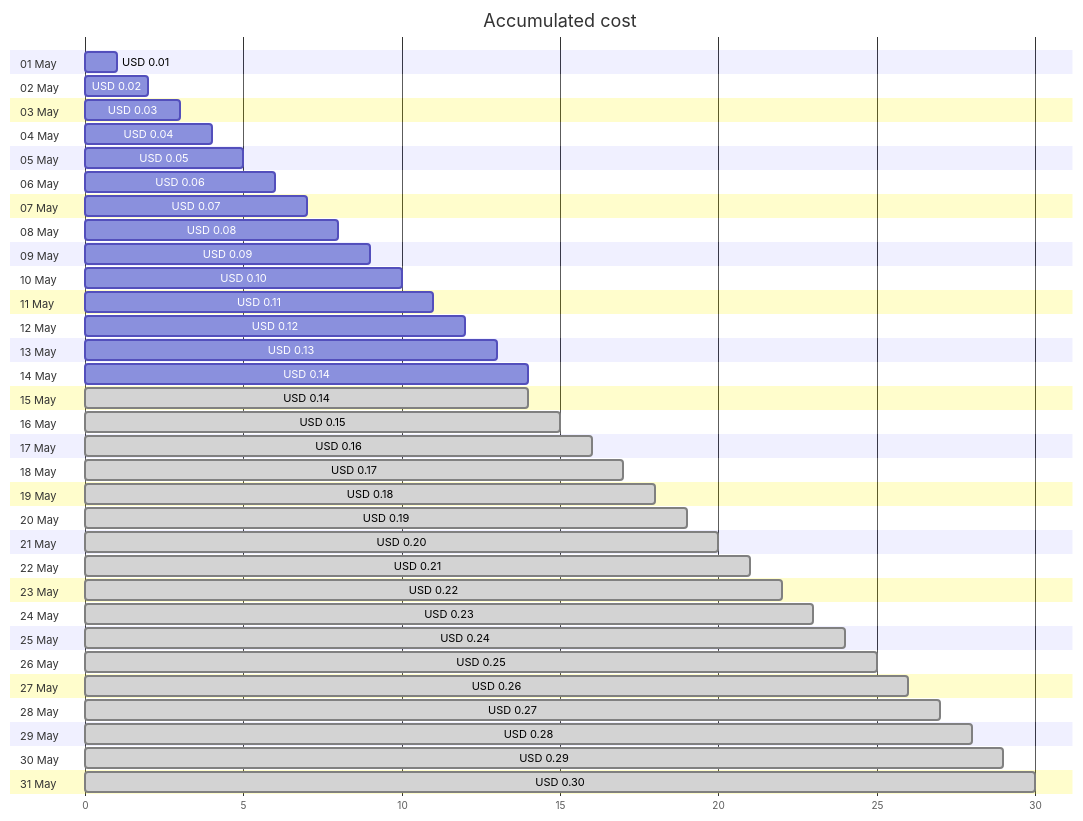
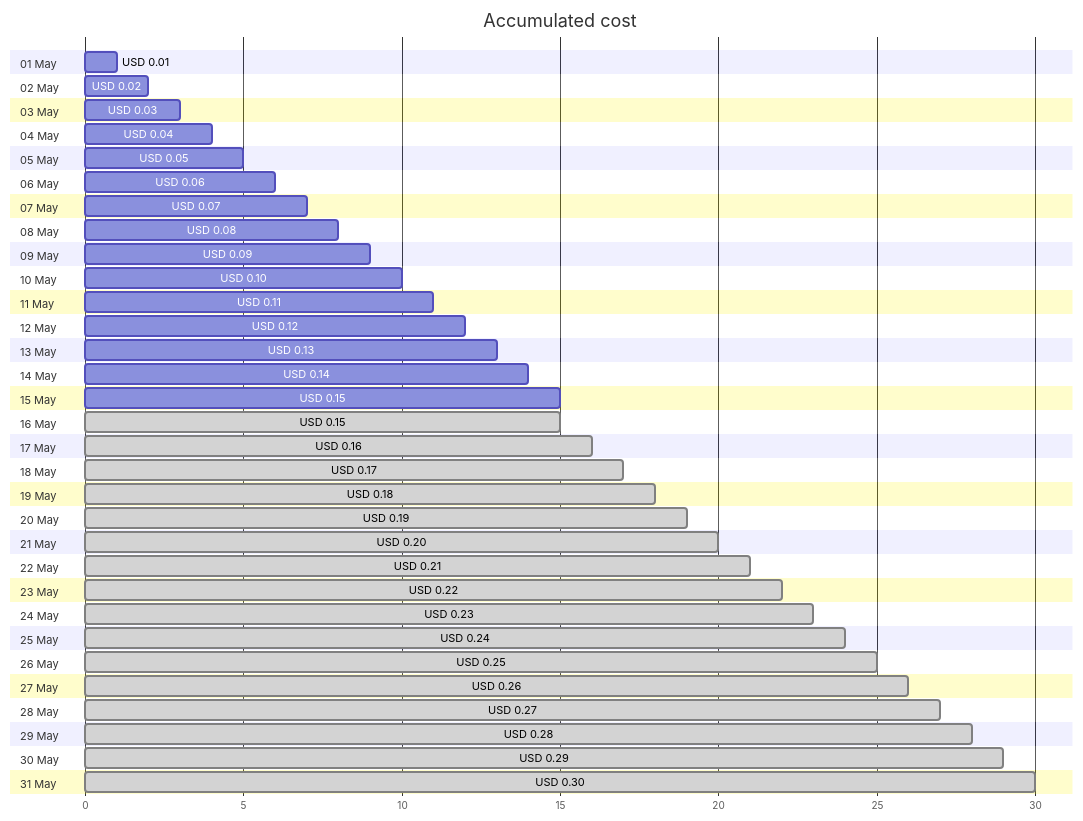
Before and after one commit to jpfulton/azure-personal-reports: the first of 4 diagrams in cost-reports/cloud-shell-storage-eastus/README.md, drawn with Mermaid. The commit also changed other lines of this file and 1 other file, not shown here.

````diff
--- a/cost-reports/cloud-shell-storage-eastus/README.md
+++ b/cost-reports/cloud-shell-storage-eastus/README.md
@@ -20,68 +20,68 @@
 ```mermaid
 gantt
    title Accumulated cost
    dateFormat  X
    axisFormat %s
    section 01 May
    USD 0.01 :0, 1
    section 02 May
    USD 0.02 :0, 2
    section 03 May
    USD 0.03 :0, 3
    section 04 May
    USD 0.04 :0, 4
    section 05 May
    USD 0.05 :0, 5
    section 06 May
    USD 0.06 :0, 6
    section 07 May
    USD 0.07 :0, 7
    section 08 May
    USD 0.08 :0, 8
    section 09 May
    USD 0.09 :0, 9
    section 10 May
    USD 0.10 :0, 10
    section 11 May
    USD 0.11 :0, 11
    section 12 May
    USD 0.12 :0, 12
    section 13 May
    USD 0.13 :0, 13
    section 14 May
    USD 0.14 :0, 14
    section 15 May
-   USD 0.14 : done, 0, 14
+   USD 0.15 :0, 15
    section 16 May
    USD 0.15 : done, 0, 15
    section 17 May
    USD 0.16 : done, 0, 16
    section 18 May
    USD 0.17 : done, 0, 17
    section 19 May
    USD 0.18 : done, 0, 18
    section 20 May
    USD 0.19 : done, 0, 19
    section 21 May
    USD 0.20 : done, 0, 20
    section 22 May
    USD 0.21 : done, 0, 21
    section 23 May
    USD 0.22 : done, 0, 22
    section 24 May
    USD 0.23 : done, 0, 23
    section 25 May
    USD 0.24 : done, 0, 24
    section 26 May
    USD 0.25 : done, 0, 25
    section 27 May
    USD 0.26 : done, 0, 26
    section 28 May
    USD 0.27 : done, 0, 27
    section 29 May
    USD 0.28 : done, 0, 28
    section 30 May
    USD 0.29 : done, 0, 29
    section 31 May
    USD 0.30 : done, 0, 30
 ```
````
